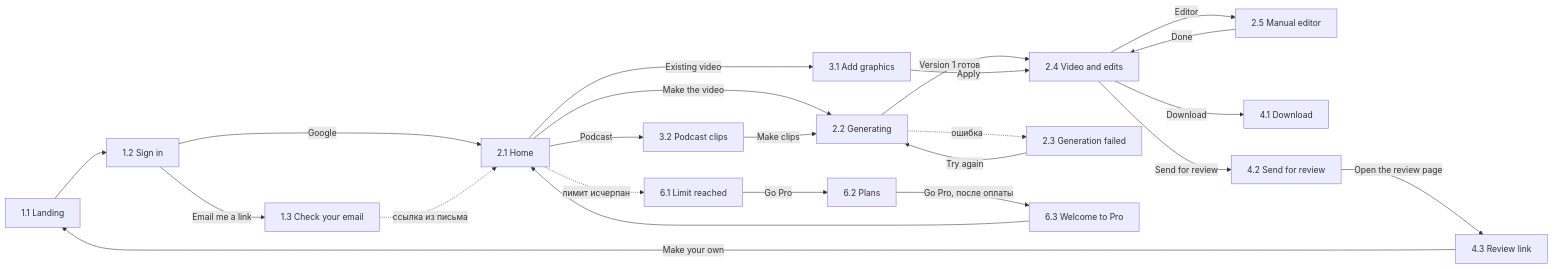
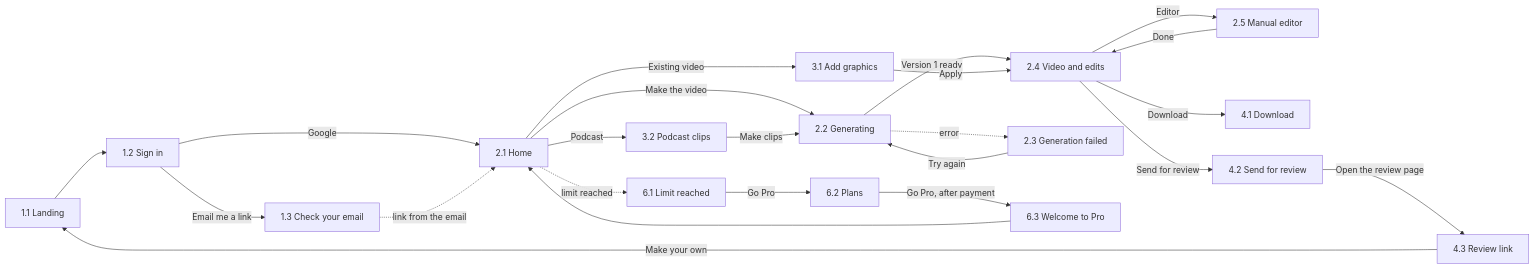
The diagram in docs/design/README.md (Ramil3107/saymo), drawn with Mermaid before and after one commit. The commit also changed other lines of this file and 4 other files, not shown here.

````diff
--- a/docs/design/README.md
+++ b/docs/design/README.md
@@ -65,25 +65,25 @@
 ```mermaid
 flowchart LR
   L[1.1 Landing] --> S[1.2 Sign in]
   S -->|Google| H[2.1 Home]
   S -->|Email me a link| E[1.3 Check your email]
-  E -.->|ссылка из письма| H
+  E -.->|link from the email| H
   H -->|Make the video| G[2.2 Generating]
-  G -->|Version 1 готов| R[2.4 Video and edits]
-  G -.->|ошибка| F[2.3 Generation failed]
+  G -->|Version 1 ready| R[2.4 Video and edits]
+  G -.->|error| F[2.3 Generation failed]
   F -->|Try again| G
   R -->|Editor| ED[2.5 Manual editor]
   ED -->|Done| R
   R -->|Download| DL[4.1 Download]
   R -->|Send for review| SH[4.2 Send for review]
   SH -->|Open the review page| RV[4.3 Review link]
   RV -->|Make your own| L
   H -->|Existing video| AG[3.1 Add graphics]
   AG -->|Apply| R
   H -->|Podcast| PC[3.2 Podcast clips]
   PC -->|Make clips| G
-  H -.->|лимит исчерпан| LR[6.1 Limit reached]
+  H -.->|limit reached| LR[6.1 Limit reached]
   LR -->|Go Pro| P[6.2 Plans]
-  P -->|Go Pro, после оплаты| W[6.3 Welcome to Pro]
+  P -->|Go Pro, after payment| W[6.3 Welcome to Pro]
   W --> H
 ```
````
